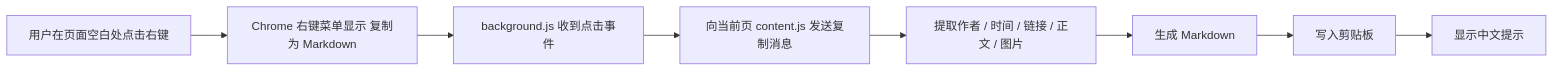
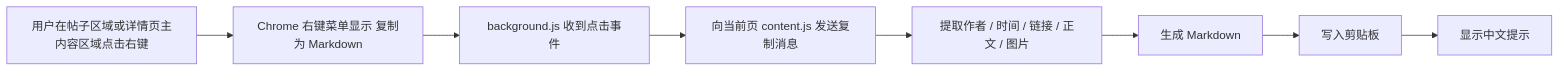
The diagram in docs/design.md (RuochenLyu/x2markdown), drawn with Mermaid before and after one commit. The commit also changed other lines of this file and 5 other files, not shown here.

Commit message:
feat: support timeline post copy and expand truncated text

````diff
--- a/docs/design.md
+++ b/docs/design.md
@@ -19,10 +21,10 @@
 ```mermaid
 flowchart LR
-  A["用户在页面空白处点击右键"] --> B["Chrome 右键菜单显示 复制为 Markdown"]
+  A["用户在帖子区域或详情页主内容区域点击右键"] --> B["Chrome 右键菜单显示 复制为 Markdown"]
   B --> C["background.js 收到点击事件"]
   C --> D["向当前页 content.js 发送复制消息"]
   D --> E["提取作者 / 时间 / 链接 / 正文 / 图片"]
   E --> F["生成 Markdown"]
   F --> G["写入剪贴板"]
   G --> H["显示中文提示"]
 ```
````
